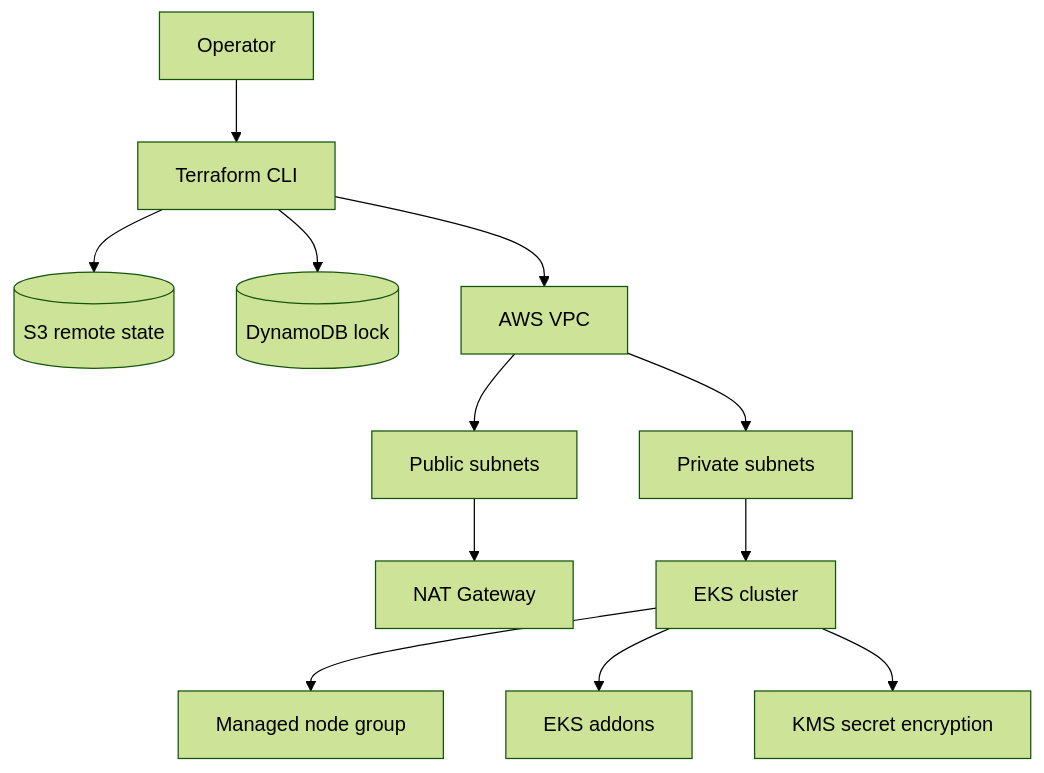
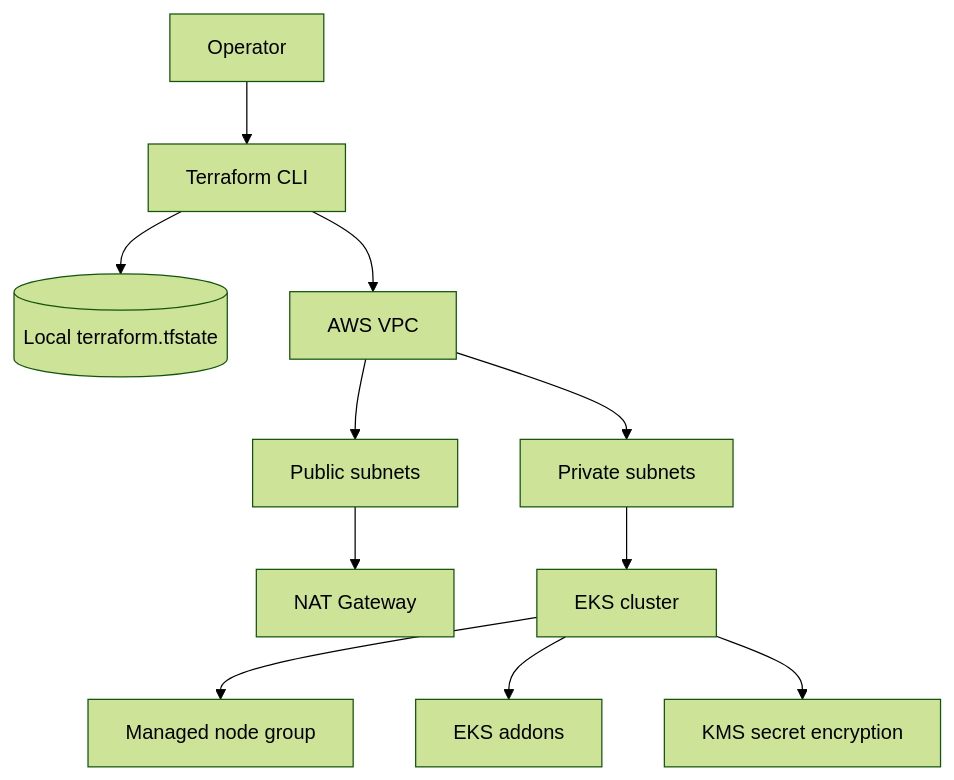
One commit to Kien-devops/eks-cicd-argocd-sec-monitor changed the first of 2 diagrams in terraform/README.md. Above: the diagram before and after it, drawn with Mermaid (forest theme). The commit also changed other lines of this file and 10 other files, not shown here.

Commit message:
chore: use local terraform state for lab

````diff
--- a/terraform/README.md
+++ b/terraform/README.md
@@ -14,14 +12,13 @@
 ```mermaid
 flowchart TB
   user[Operator] --> tf[Terraform CLI]
-  tf --> state[(S3 remote state)]
-  tf --> lock[(DynamoDB lock)]
+  tf --> state[(Local terraform.tfstate)]
   tf --> vpc[AWS VPC]
   vpc --> public[Public subnets]
   vpc --> private[Private subnets]
   public --> nat[NAT Gateway]
   private --> eks[EKS cluster]
   eks --> ng[Managed node group]
   eks --> addons[EKS addons]
   eks --> kms[KMS secret encryption]
 ```
````
